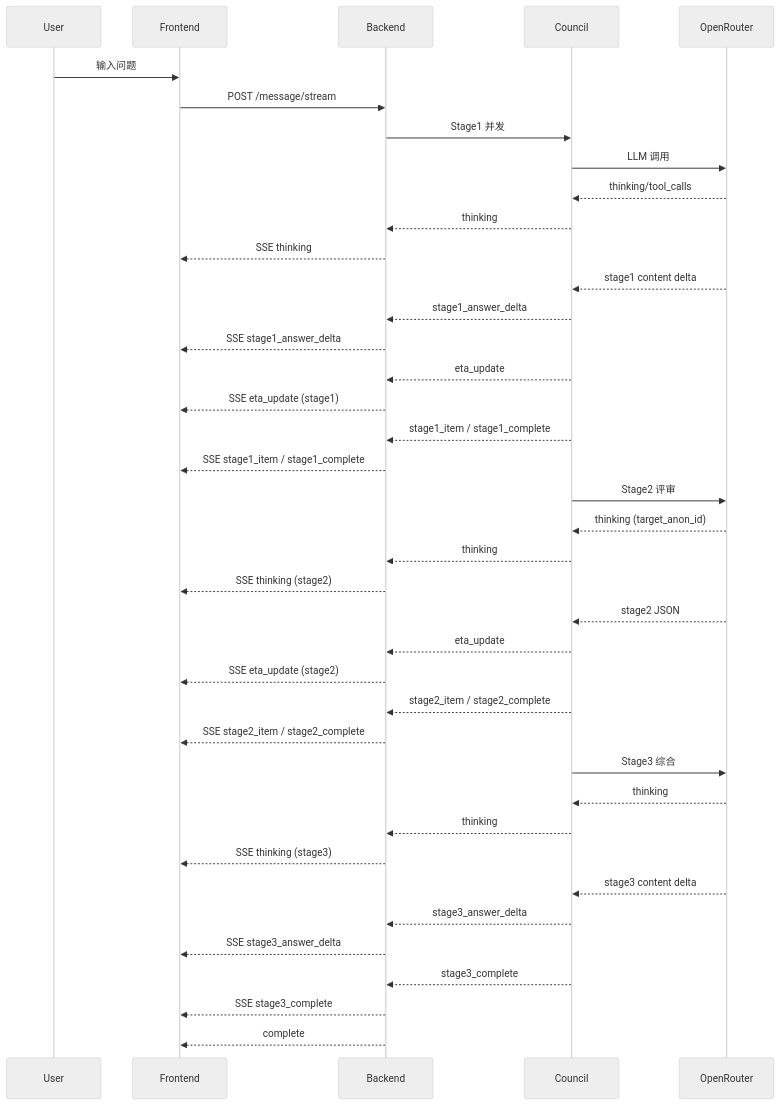
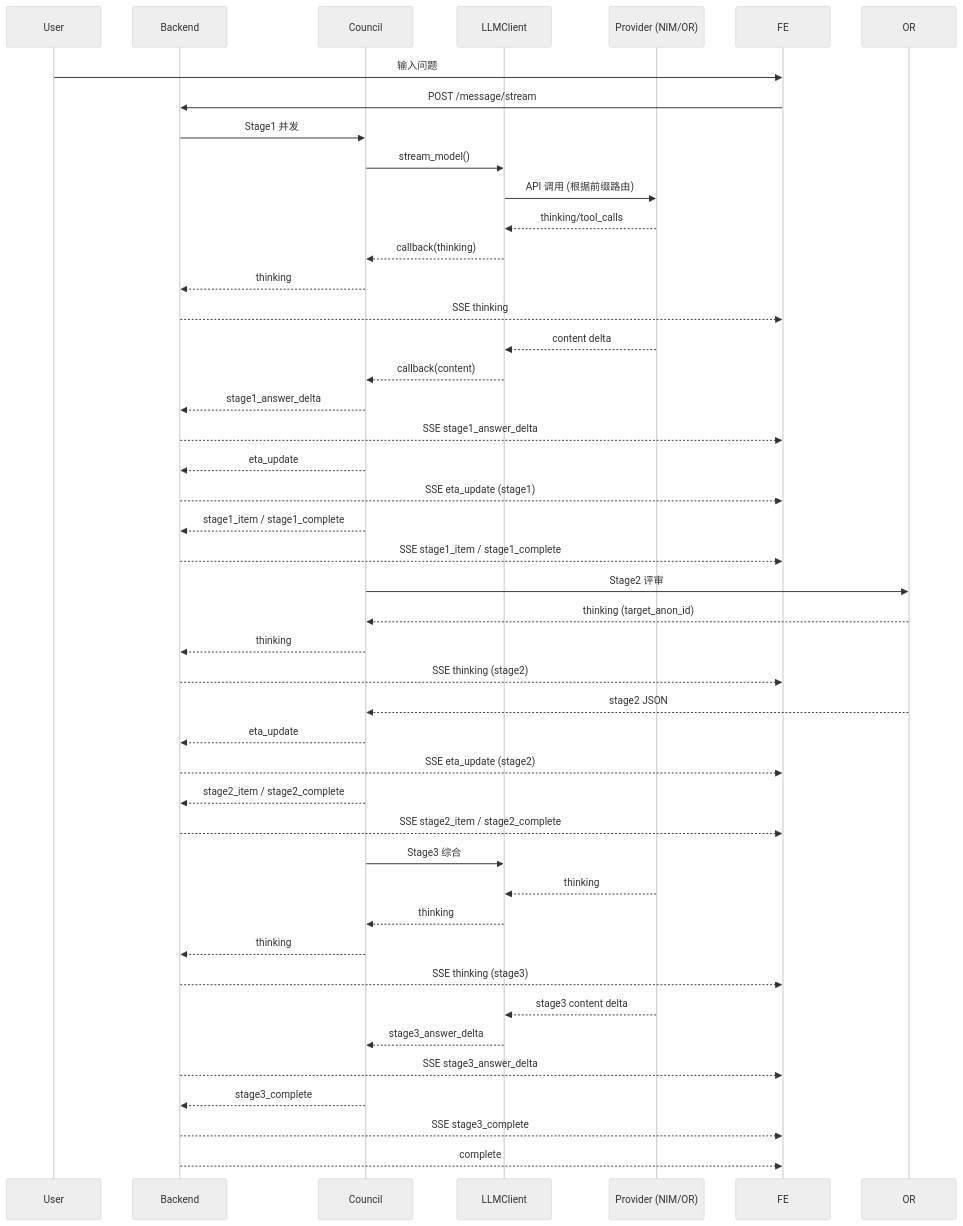
Before and after one commit to JGPliskin/llm_council_sentinel: the diagram in docs/Architecture.md, drawn with Mermaid (neutral theme). The commit also changed other lines of this file and 21 other files, not shown here.

````diff
--- a/docs/Architecture.md
+++ b/docs/Architecture.md
@@ -111,51 +114,55 @@
 ```mermaid
 sequenceDiagram
     participant U as User
-    participant FE as Frontend
     participant BE as Backend
     participant C as Council
-    participant OR as OpenRouter
+    participant LC as LLMClient
+    participant PROV as Provider (NIM/OR)
 
     U->>FE: 输入问题
     FE->>BE: POST /message/stream
     BE->>C: Stage1 并发
-    C->>OR: LLM 调用
-    OR-->>C: thinking/tool_calls
+    C->>LC: stream_model()
+    LC->>PROV: API 调用 (根据前缀路由)
+    PROV-->>LC: thinking/tool_calls
+    LC-->>C: callback(thinking)
     C-->>BE: thinking
     BE-->>FE: SSE thinking
 
-    OR-->>C: stage1 content delta
+    PROV-->>LC: content delta
+    LC-->>C: callback(content)
     C-->>BE: stage1_answer_delta
     BE-->>FE: SSE stage1_answer_delta
 
     C-->>BE: eta_update
     BE-->>FE: SSE eta_update (stage1)
 
     C-->>BE: stage1_item / stage1_complete
     BE-->>FE: SSE stage1_item / stage1_complete
 
     C->>OR: Stage2 评审
     OR-->>C: thinking (target_anon_id)
     C-->>BE: thinking
     BE-->>FE: SSE thinking (stage2)
 
     OR-->>C: stage2 JSON
     C-->>BE: eta_update
     BE-->>FE: SSE eta_update (stage2)
 
     C-->>BE: stage2_item / stage2_complete
     BE-->>FE: SSE stage2_item / stage2_complete
 
-    C->>OR: Stage3 综合
-    OR-->>C: thinking
+    C->>LC: Stage3 综合
+    PROV-->>LC: thinking
+    LC-->>C: thinking
     C-->>BE: thinking
     BE-->>FE: SSE thinking (stage3)
 
-    OR-->>C: stage3 content delta
-    C-->>BE: stage3_answer_delta
+    PROV-->>LC: stage3 content delta
+    LC-->>C: stage3_answer_delta
     BE-->>FE: SSE stage3_answer_delta
 
     C-->>BE: stage3_complete
     BE-->>FE: SSE stage3_complete
     BE-->>FE: complete
 ```
````
